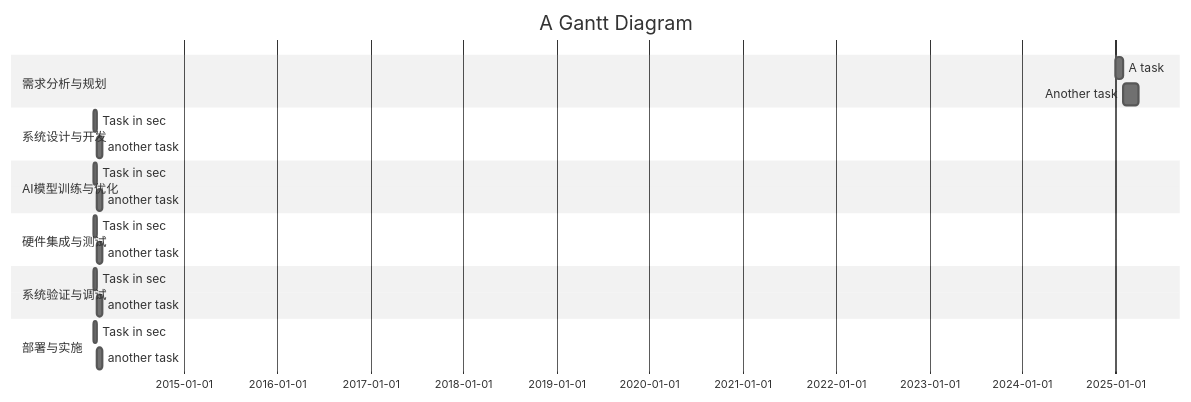
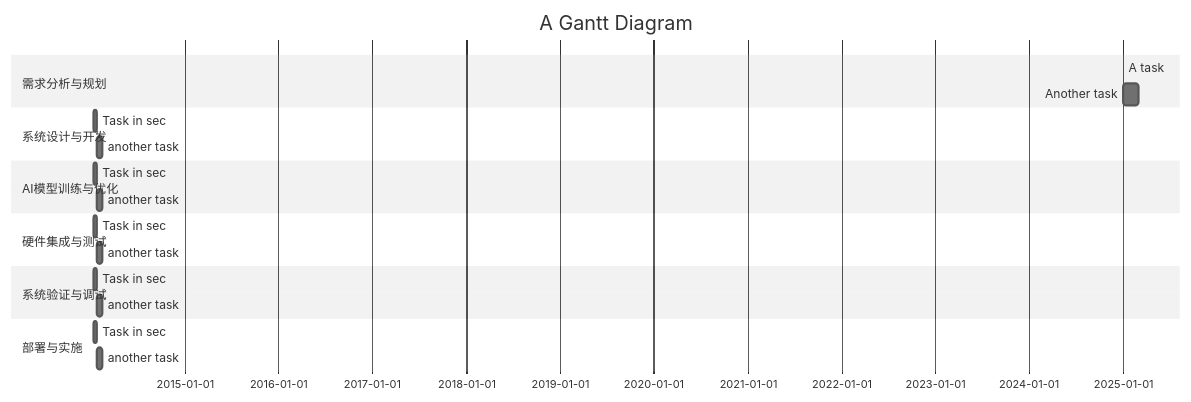
Before and after one commit to libobo6/iodraw-files: the diagram in all/代码甘特图.md, drawn with Mermaid (neutral theme).

Commit message:
2025-01-14 10:54:38 update

````diff
--- a/all/代码甘特图.md
+++ b/all/代码甘特图.md
@@ -1,23 +1,23 @@
 ```mermaid
 gantt
     title A Gantt Diagram
     dateFormat  YYYY-MM-DD
     section 需求分析与规划
-    A task           :a1, 2025-01-01, 30d
+    A task           :a1, 2025-01-01, d
     Another task     :after a1  , 60d
     section 系统设计与开发
     Task in sec      :2014-01-12  , 12d
     another task      : 24d
     section AI模型训练与优化
     Task in sec      :2014-01-12  , 12d
     another task      : 24d
     section 硬件集成与测试
     Task in sec      :2014-01-12  , 12d
     another task      : 24d
     section 系统验证与调试
     Task in sec      :2014-01-12  , 12d
     another task      : 24d
     section 部署与实施
     Task in sec      :2014-01-12  , 12d
     another task      : 24d
 ```
````
